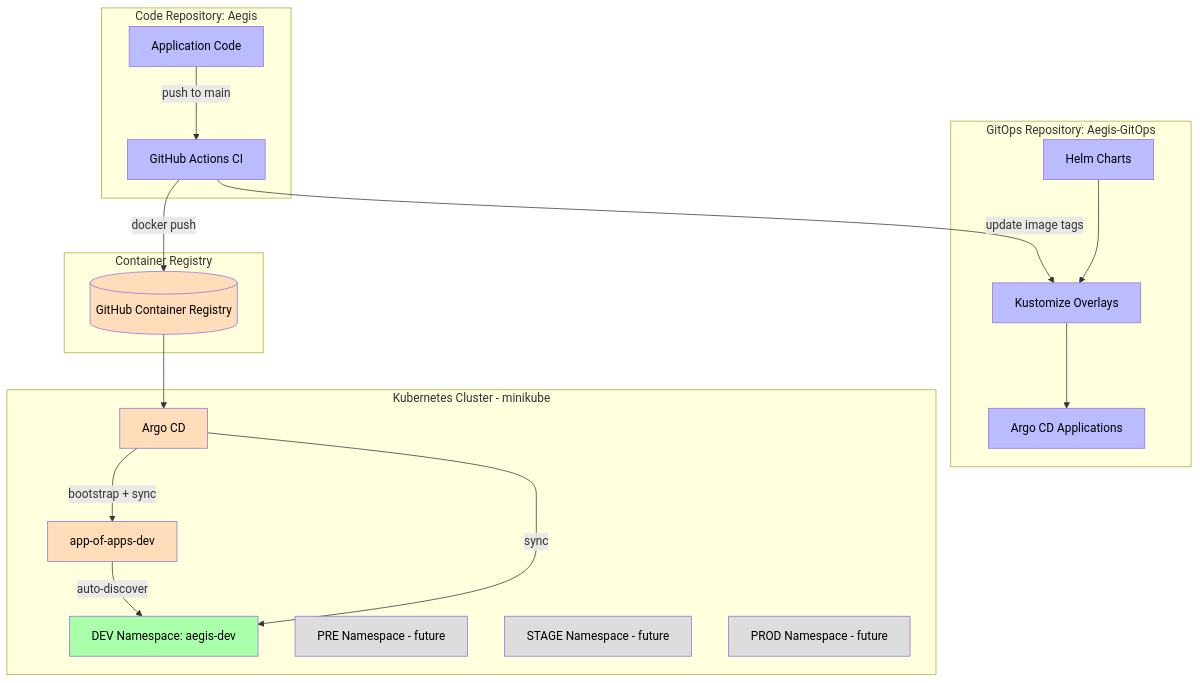
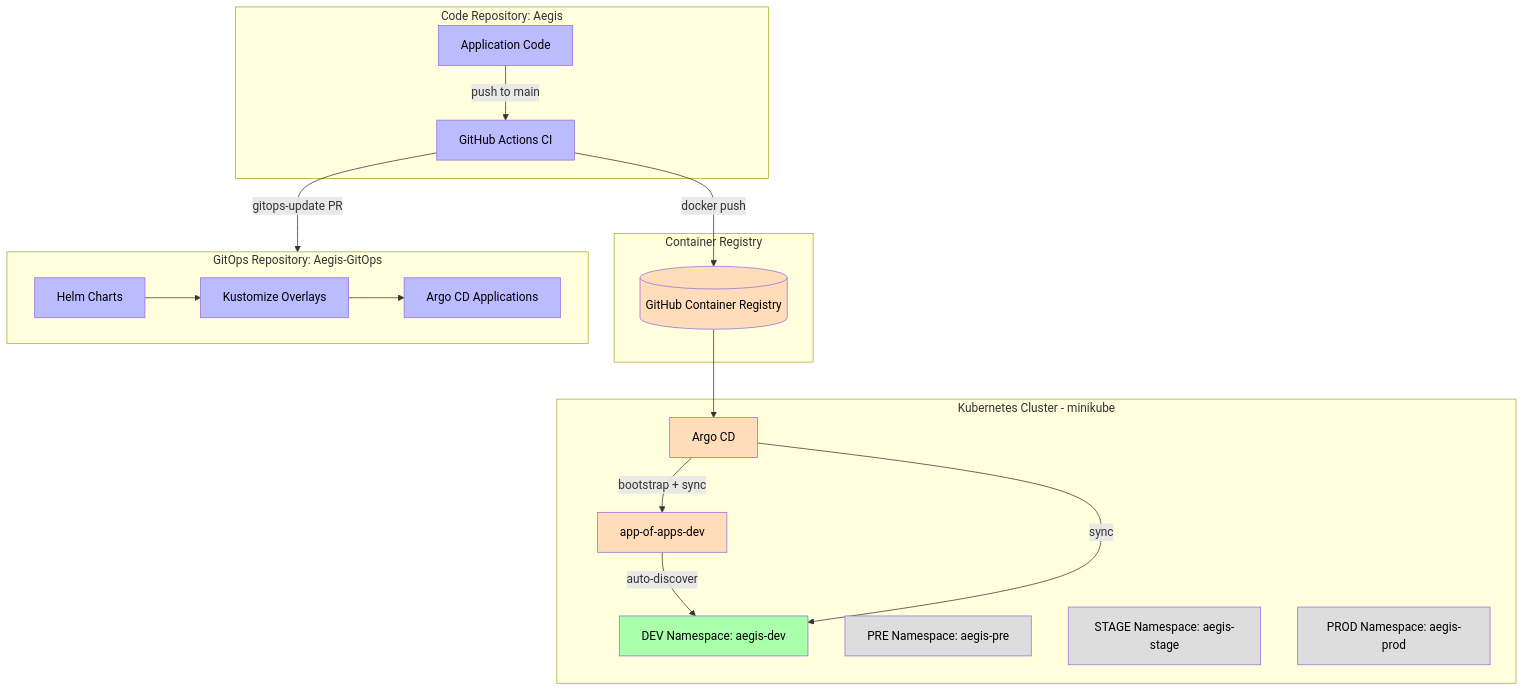
Before and after one commit to AlexAlvarezGallardo-GitHub/Aegis: the first of 3 diagrams in docs/obsidian/05 - Infrastructure/GitOps.md, drawn with Mermaid. The commit also changed other lines of this file and 87 other files, not shown here.

````diff
--- a/docs/obsidian/05 - Infrastructure/GitOps.md
+++ b/docs/obsidian/05 - Infrastructure/GitOps.md
@@ -20,49 +20,49 @@
 ```mermaid
 graph TB
     subgraph AppRepo[Code Repository: Aegis]
         AppCode[Application Code]
         CI[GitHub Actions CI]
     end
 
     subgraph Registry[Container Registry]
         GHCR[(GitHub Container Registry)]
     end
 
     subgraph GitOpsRepo[GitOps Repository: Aegis-GitOps]
         Charts[Helm Charts]
         Overlays[Kustomize Overlays]
         ArgoApp[Argo CD Applications]
     end
 
     subgraph Cluster[Kubernetes Cluster - minikube]
         ArgoCD[Argo CD]
         AppOfApps[app-of-apps-dev]
         DEV[DEV Namespace: aegis-dev]
-        PRE[PRE Namespace - future]
-        STAGE[STAGE Namespace - future]
-        PROD[PROD Namespace - future]
+        PRE[PRE Namespace: aegis-pre]
+        STAGE[STAGE Namespace: aegis-stage]
+        PROD[PROD Namespace: aegis-prod]
     end
 
     AppCode -->|push to main| CI
     CI -->|docker push| GHCR
-    CI -->|update image tags| Overlays
+    CI -->|gitops-update PR| GitOpsRepo
     GHCR --> ArgoCD
     Charts --> Overlays
     Overlays --> ArgoApp
     ArgoCD -->|bootstrap + sync| AppOfApps
     AppOfApps -->|auto-discover| DEV
     ArgoCD -->|sync| DEV
 
     style AppCode fill:#bbf,color:#000
     style CI fill:#bbf,color:#000
     style GHCR fill:#fdb,color:#000
     style Charts fill:#bbf,color:#000
     style Overlays fill:#bbf,color:#000
     style ArgoApp fill:#bbf,color:#000
     style ArgoCD fill:#fdb,color:#000
     style AppOfApps fill:#fdb,color:#000
     style DEV fill:#afa,color:#000
     style PRE fill:#ddd,color:#000
     style STAGE fill:#ddd,color:#000
     style PROD fill:#ddd,color:#000
 ```
````
